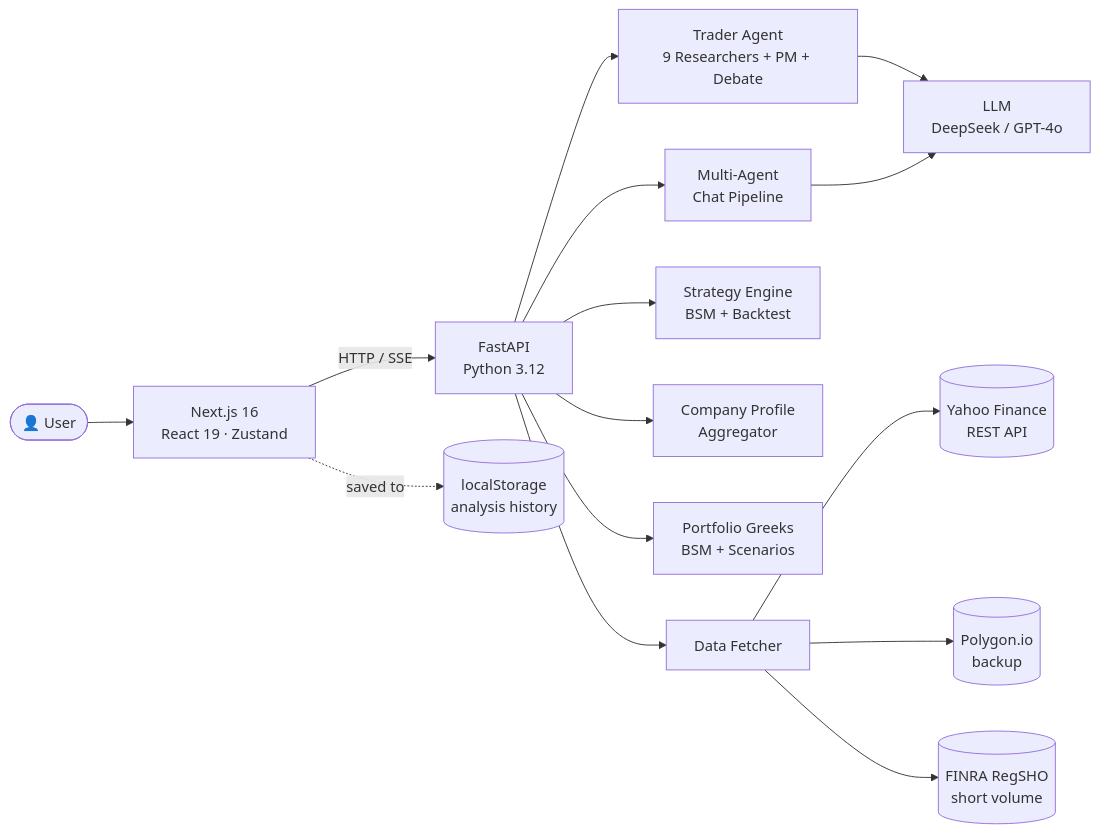
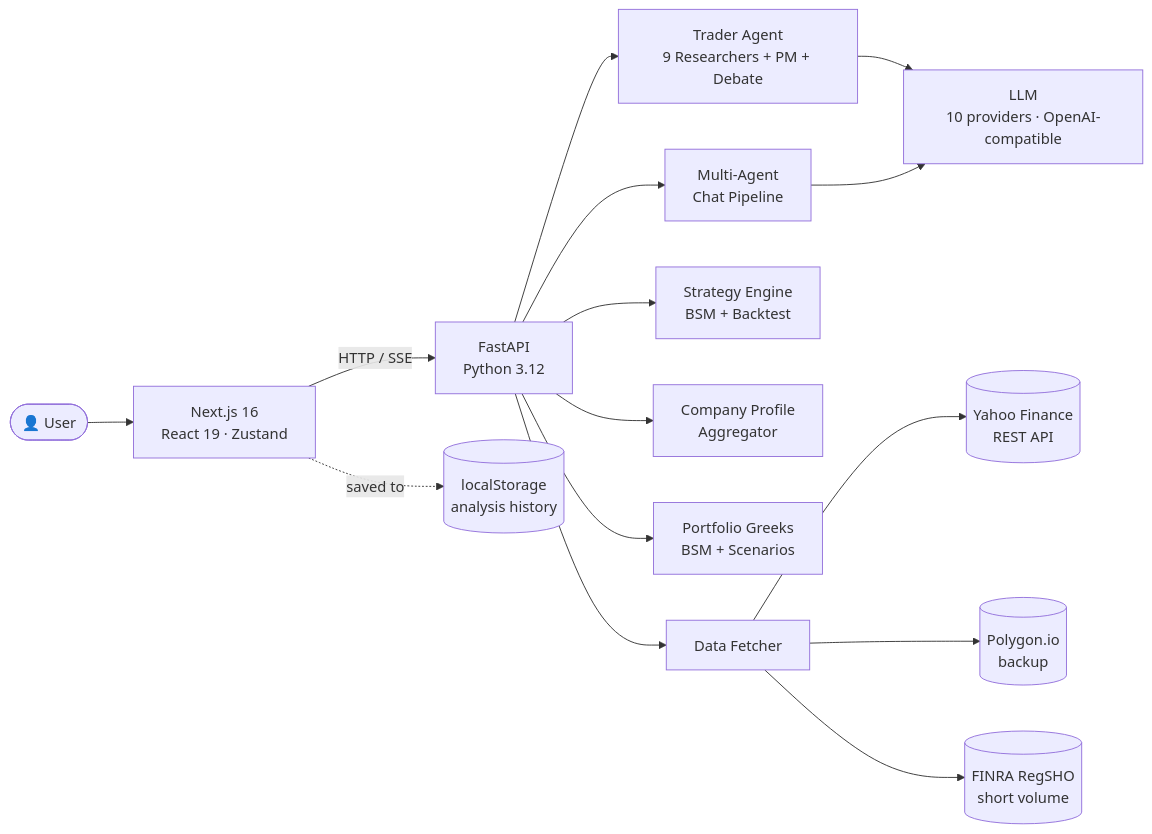
The diagram in README.md (Jose-MUJOSE/optionsai), drawn with Mermaid before and after one commit. The commit also changed other lines of this file and 8 other files, not shown here.

````diff
--- a/README.md
+++ b/README.md
@@ -226,17 +234,17 @@
 ```mermaid
 flowchart LR
     U(["👤 User"]) --> FE["Next.js 16<br/>React 19 · Zustand"]
     FE -- "HTTP / SSE" --> API["FastAPI<br/>Python 3.12"]
     API --> TA["Trader Agent<br/>9 Researchers + PM + Debate"]
     API --> ORC["Multi-Agent<br/>Chat Pipeline"]
     API --> SE["Strategy Engine<br/>BSM + Backtest"]
     API --> CP["Company Profile<br/>Aggregator"]
     API --> PG["Portfolio Greeks<br/>BSM + Scenarios"]
     API --> DF["Data Fetcher"]
-    TA --> LLM["LLM<br/>DeepSeek / GPT-4o"]
+    TA --> LLM["LLM<br/>10 providers · OpenAI-compatible"]
     ORC --> LLM
     DF --> YF[("Yahoo Finance<br/>REST API")]
     DF --> PO[("Polygon.io<br/>backup")]
     DF --> FR[("FINRA RegSHO<br/>short volume")]
     FE -. "saved to" .-> LS[("localStorage<br/>analysis history")]
 ```
````
